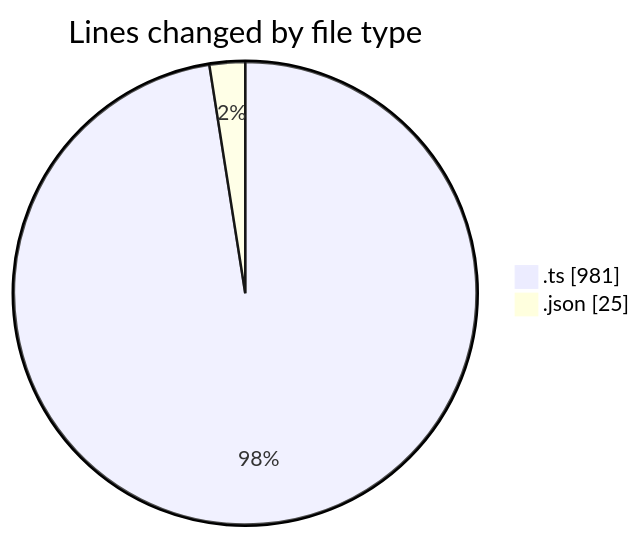
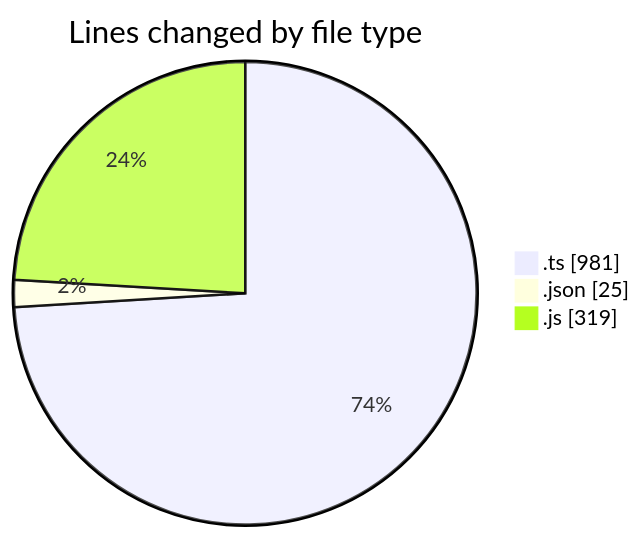
One commit to momahboobian/code-tracking changed the first of 2 diagrams in 2025-09-10/cda/README.md. Above: the diagram before and after it, drawn with Mermaid. The commit also changed other lines of this file and 1 other file, not shown here.

````diff
--- a/2025-09-10/cda/README.md
+++ b/2025-09-10/cda/README.md
@@ -22,6 +23,7 @@
 ```mermaid
 pie showData
 title Lines changed by file type
 ".ts" : 981
 ".json" : 25
+".js" : 319
 ```
````
